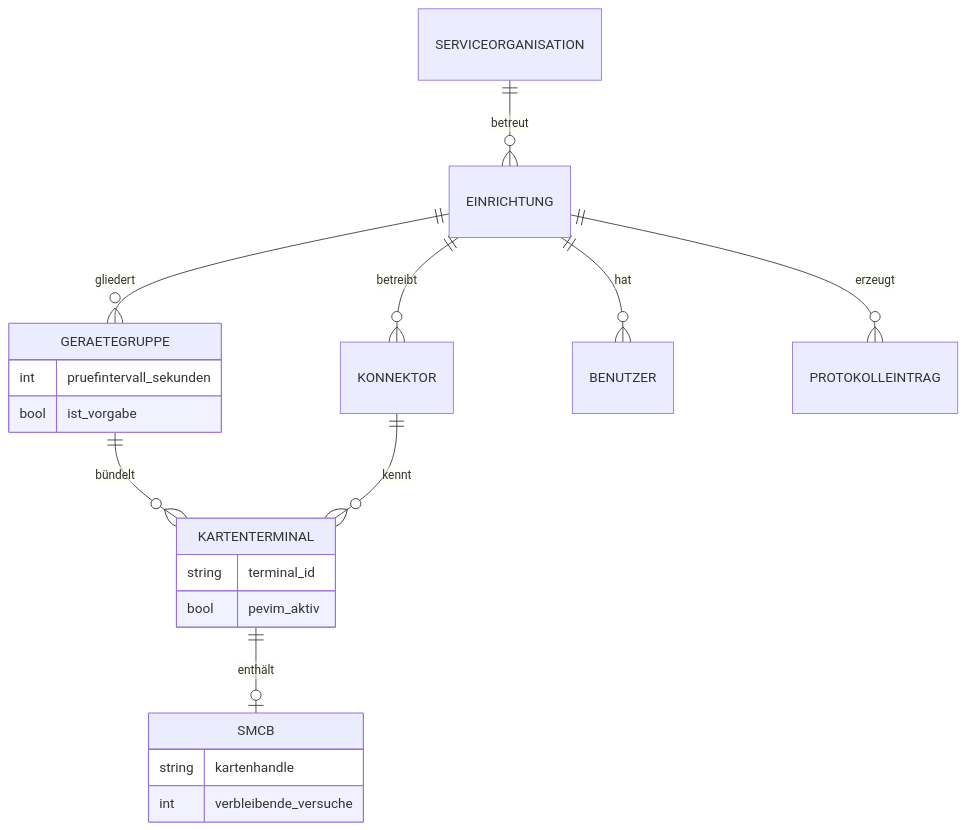
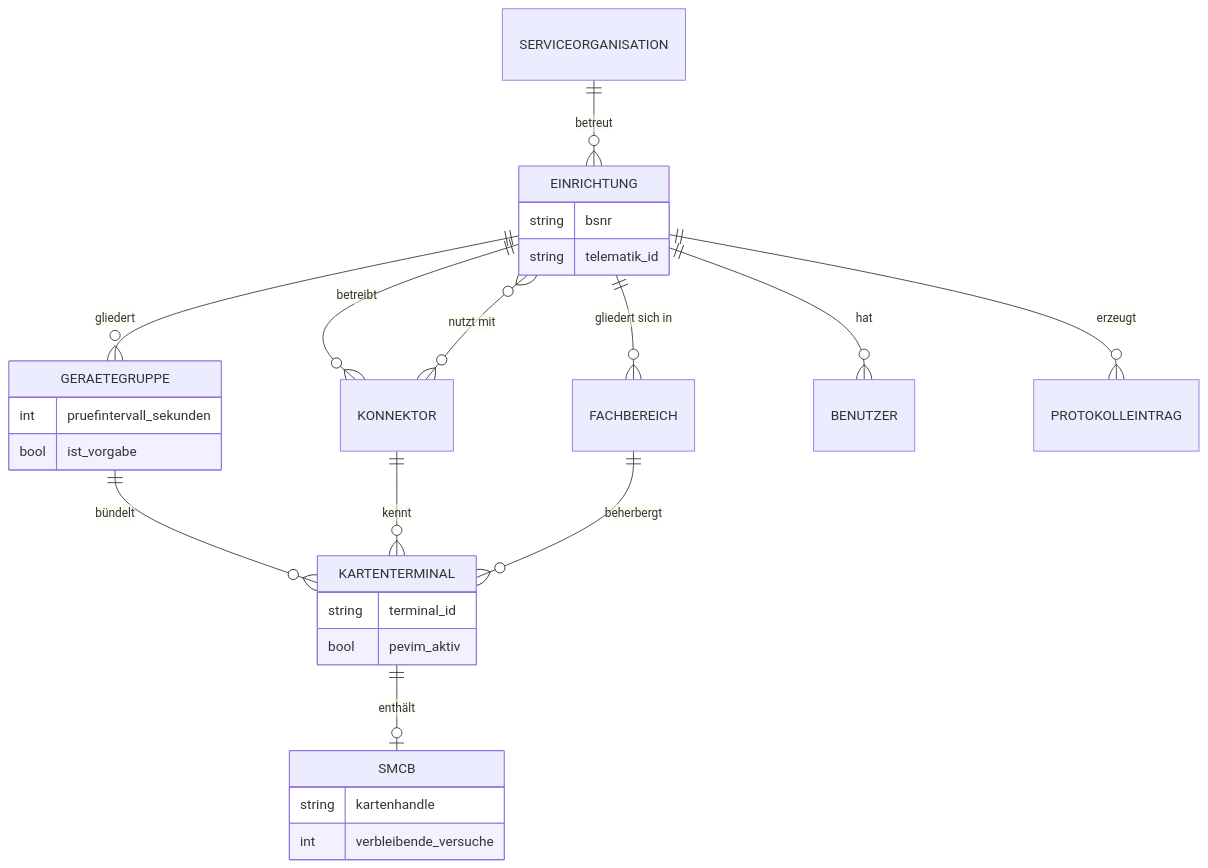
Diagram 12 of 12 in docs/02-architektur.md (Mathi66/PIN-Roboter), drawn with Mermaid before and after one commit. The commit also changed other lines of this file and 22 other files, not shown here.

````diff
--- a/docs/02-architektur.md
+++ b/docs/02-architektur.md
@@ -699,24 +702,31 @@
 ```mermaid
 erDiagram
     SERVICEORGANISATION ||--o{ EINRICHTUNG : "betreut"
+    EINRICHTUNG ||--o{ FACHBEREICH : "gliedert sich in"
     EINRICHTUNG ||--o{ GERAETEGRUPPE : "gliedert"
     EINRICHTUNG ||--o{ KONNEKTOR : "betreibt"
+    EINRICHTUNG }o--o{ KONNEKTOR : "nutzt mit"
     GERAETEGRUPPE ||--o{ KARTENTERMINAL : "bündelt"
     KONNEKTOR ||--o{ KARTENTERMINAL : "kennt"
+    FACHBEREICH ||--o{ KARTENTERMINAL : "beherbergt"
     KARTENTERMINAL ||--o| SMCB : "enthält"
     EINRICHTUNG ||--o{ BENUTZER : "hat"
     EINRICHTUNG ||--o{ PROTOKOLLEINTRAG : "erzeugt"
 
+    EINRICHTUNG {
+        string bsnr
+        string telematik_id
+    }
     GERAETEGRUPPE {
         int pruefintervall_sekunden
         bool ist_vorgabe
     }
     KARTENTERMINAL {
         string terminal_id
         bool pevim_aktiv
     }
     SMCB {
         string kartenhandle
         int verbleibende_versuche
     }
 ```
````
